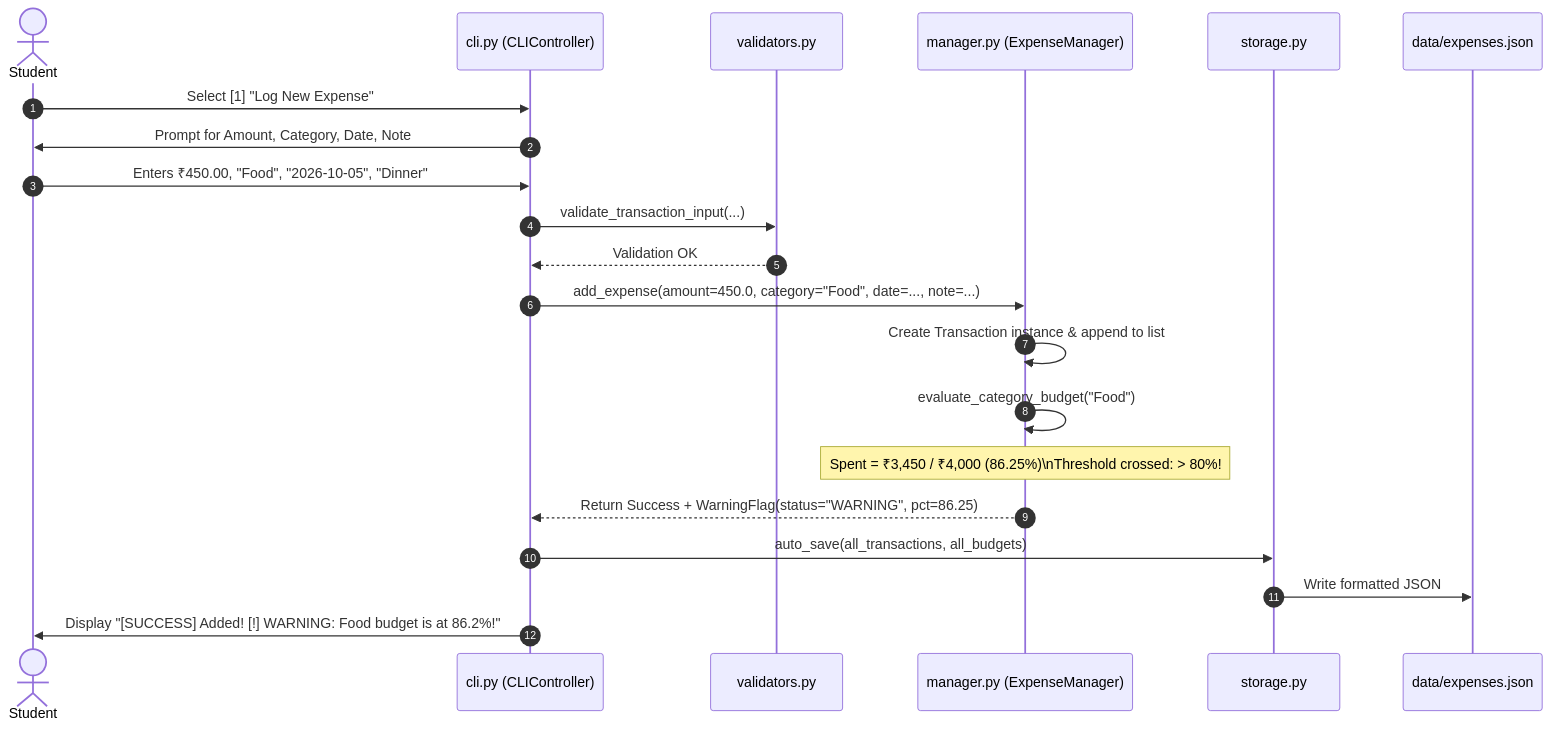
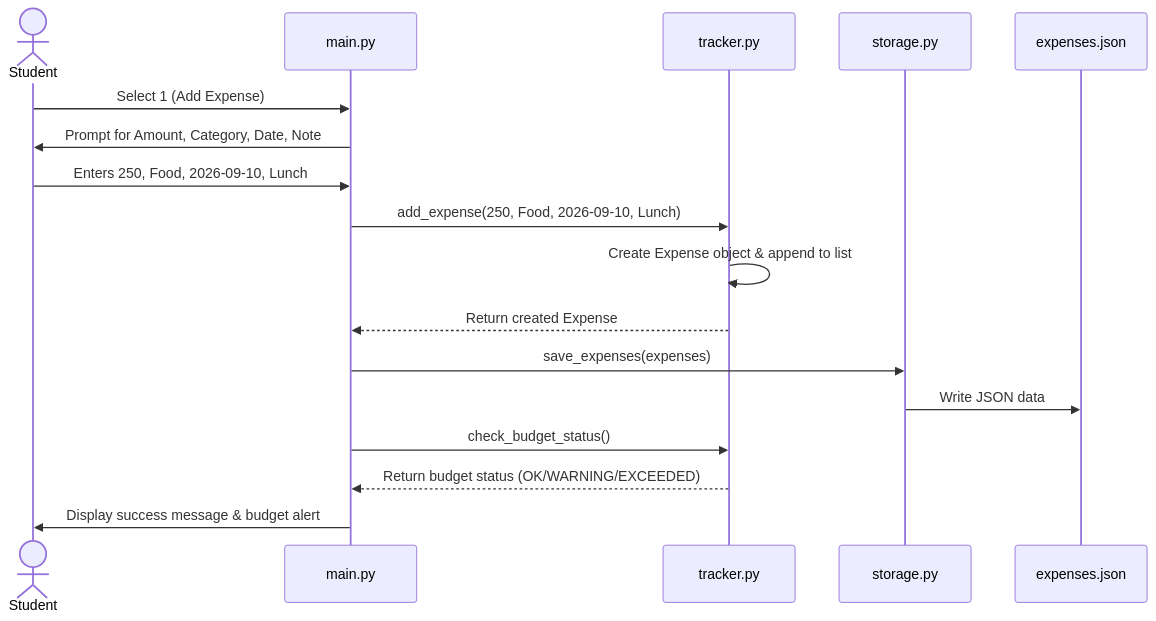
The fourth of 5 diagrams in PROJECT_REPORT.md (Aditya26bai10148-creator/student-expense-tracker), drawn with Mermaid before and after one commit. The commit also changed other lines of this file and 18 other files, not shown here.

Commit message:
Simplify project architecture: concise 4-module design, clean CLI, unit tests, and streamlined report

````diff
--- a/PROJECT_REPORT.md
+++ b/PROJECT_REPORT.md
@@ -215,24 +109,20 @@
 ```mermaid
 sequenceDiagram
-    autonumber
-    actor User as Student
-    participant CLI as cli.py (CLIController)
-    participant Val as validators.py
-    participant Mgr as manager.py (ExpenseManager)
+    actor Student
+    participant Main as main.py
+    participant Tracker as tracker.py
     participant Storage as storage.py
-    participant DB as data/expenses.json
+    participant File as expenses.json
 
-    User->>CLI: Select [1] "Log New Expense"
-    CLI->>User: Prompt for Amount, Category, Date, Note
-    User->>CLI: Enters ₹450.00, "Food", "2026-10-05", "Dinner"
-    CLI->>Val: validate_transaction_input(...)
-    Val-->>CLI: Validation OK
-    CLI->>Mgr: add_expense(amount=450.0, category="Food", date=..., note=...)
-    Mgr->>Mgr: Create Transaction instance & append to list
-    Mgr->>Mgr: evaluate_category_budget("Food")
-    Note over Mgr: Spent = ₹3,450 / ₹4,000 (86.25%)\nThreshold crossed: > 80%!
-    Mgr-->>CLI: Return Success + WarningFlag(status="WARNING", pct=86.25)
-    CLI->>Storage: auto_save(all_transactions, all_budgets)
-    Storage->>DB: Write formatted JSON
-    CLI->>User: Display "[SUCCESS] Added! [!] WARNING: Food budget is at 86.2%!"
+    Student->>Main: Select 1 (Add Expense)
+    Main->>Student: Prompt for Amount, Category, Date, Note
+    Student->>Main: Enters 250, Food, 2026-09-10, Lunch
+    Main->>Tracker: add_expense(250, Food, 2026-09-10, Lunch)
+    Tracker->>Tracker: Create Expense object & append to list
+    Tracker-->>Main: Return created Expense
+    Main->>Storage: save_expenses(expenses)
+    Storage->>File: Write JSON data
+    Main->>Tracker: check_budget_status()
+    Tracker-->>Main: Return budget status (OK/WARNING/EXCEEDED)
+    Main->>Student: Display success message & budget alert
 ```
````
